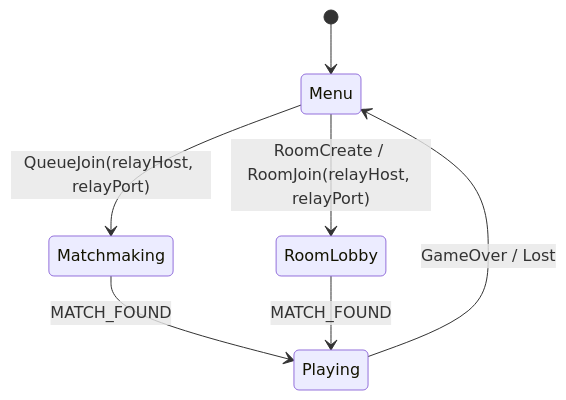
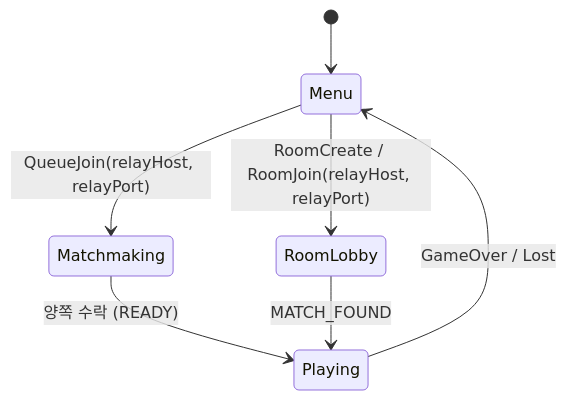
Diagram 12 of 13 in docs/blog/part6-lockstep-networking.md (Rein-ArXiv/Tetris-Multiplayer-RL), drawn with Mermaid before and after one commit. The commit also changed other lines of this file and 41 other files, not shown here.

````diff
--- a/docs/blog/part6-lockstep-networking.md
+++ b/docs/blog/part6-lockstep-networking.md
@@ -2357,9 +3223,9 @@
 ```mermaid
 stateDiagram-v2
     [*] --> Menu
     Menu --> Matchmaking: QueueJoin(relayHost, relayPort)
     Menu --> RoomLobby: RoomCreate / RoomJoin(relayHost, relayPort)
-    Matchmaking --> Playing: MATCH_FOUND
+    Matchmaking --> Playing: 양쪽 수락 (READY)
     RoomLobby --> Playing: MATCH_FOUND
     Playing --> Menu: GameOver / Lost
 ```
````
